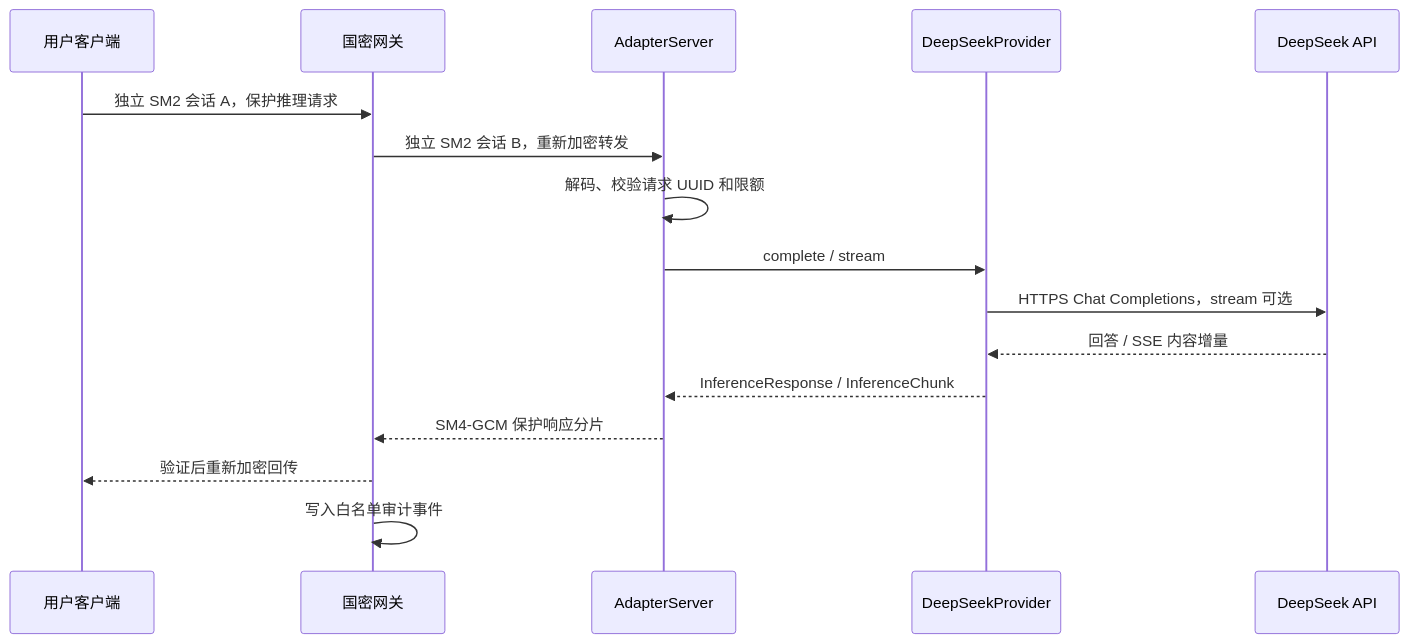
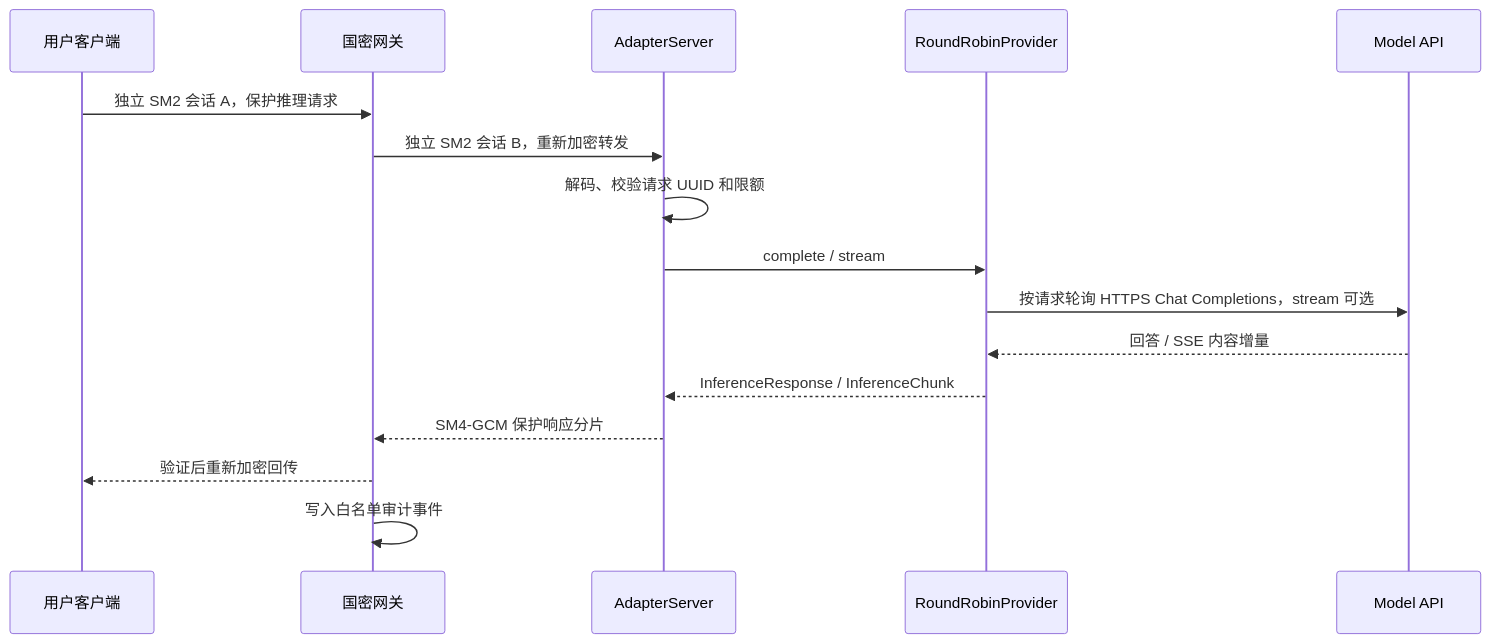
Before and after one commit to bljfy/gateway: the third of 3 diagrams in README.md, drawn with Mermaid. The commit also changed other lines of this file and 13 other files, not shown here.

Commit message:
feat(adapter): add multi-model round-robin

````diff
--- a/README.md
+++ b/README.md
@@ -79,18 +80,18 @@
 ```mermaid
 sequenceDiagram
     participant C as 用户客户端
     participant G as 国密网关
     participant A as AdapterServer
-    participant P as DeepSeekProvider
-    participant M as DeepSeek API
+    participant P as RoundRobinProvider
+    participant M as Model API
     C->>G: 独立 SM2 会话 A，保护推理请求
     G->>A: 独立 SM2 会话 B，重新加密转发
     A->>A: 解码、校验请求 UUID 和限额
     A->>P: complete / stream
-    P->>M: HTTPS Chat Completions，stream 可选
+    P->>M: 按请求轮询 HTTPS Chat Completions，stream 可选
     M-->>P: 回答 / SSE 内容增量
     P-->>A: InferenceResponse / InferenceChunk
     A-->>G: SM4-GCM 保护响应分片
     G-->>C: 验证后重新加密回传
     G->>G: 写入白名单审计事件
 ```
````
